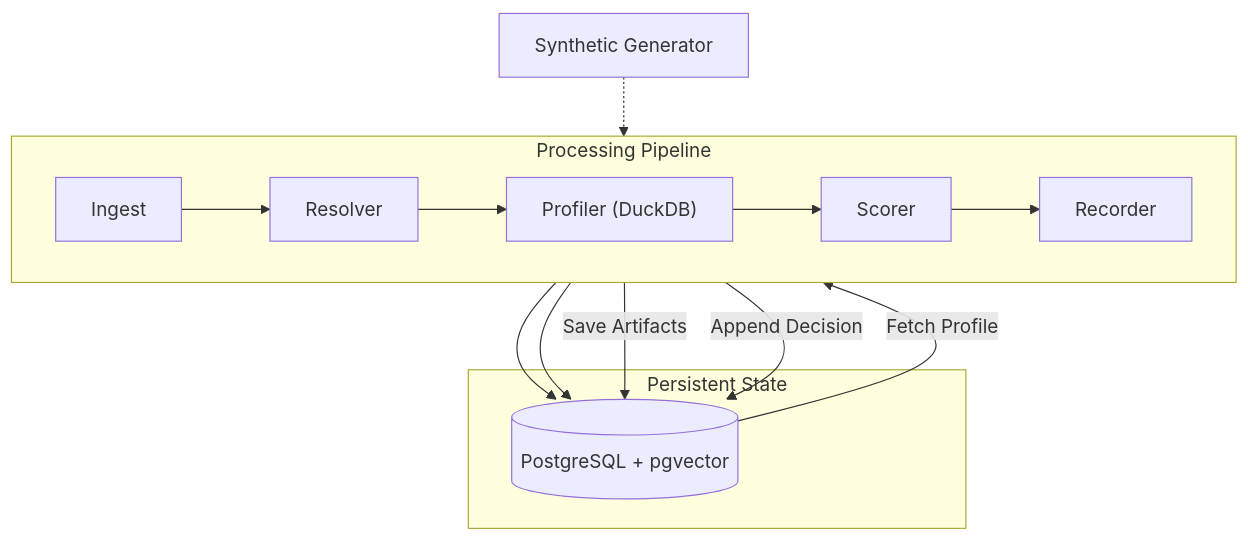
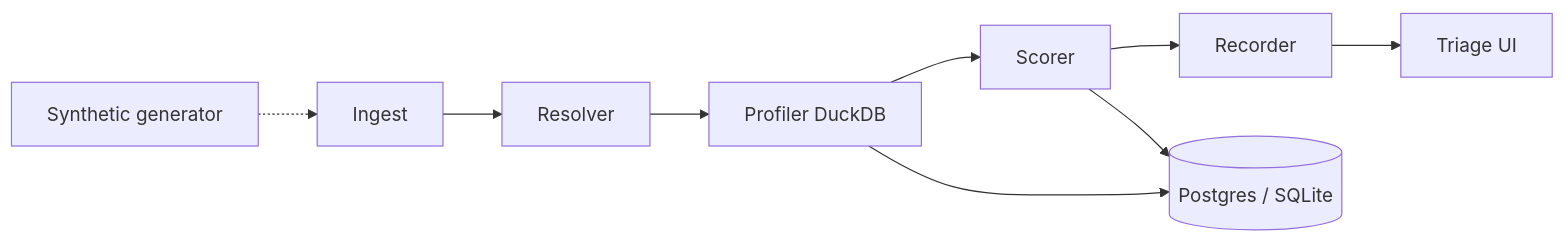
One commit to OmarAK-Git/alter_ego changed the diagram in README.md. Above: the diagram before and after it, drawn with Mermaid. The commit also changed other lines of this file and 281 other files, not shown here.

````diff
--- a/README.md
+++ b/README.md
@@ -35,23 +22,11 @@
 ```mermaid
-flowchart TD
-    subgraph Pipeline ["Processing Pipeline"]
-        direction LR
-        A["Ingest"] --> B["Resolver"]
-        B --> C["Profiler (DuckDB)"]
-        C --> D["Scorer"]
-        D --> E["Recorder"]
-    end
-
-    subgraph Storage ["Persistent State"]
-        F[("PostgreSQL + pgvector")]
-    end
-
-    G["Synthetic Generator"] -.-> A
-
-    %% Data Flows
-    A --> F
-    B --> F
-    F -- "Fetch Profile" --> D
-    C -- "Save Artifacts" --> F
-    E -- "Append Decision" --> F
+flowchart LR
+  A[Ingest] --> B[Resolver]
+  B --> C[Profiler DuckDB]
+  C --> D[Scorer]
+  D --> E[Recorder]
+  D --> F[(Postgres / SQLite)]
+  C --> F
+  G[Synthetic generator] -.-> A
+  E --> H[Triage UI]
 ```
````
